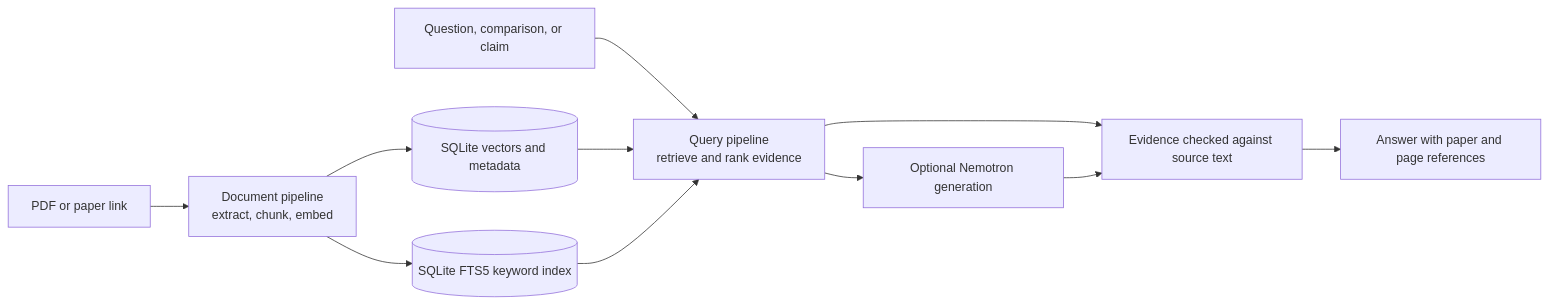
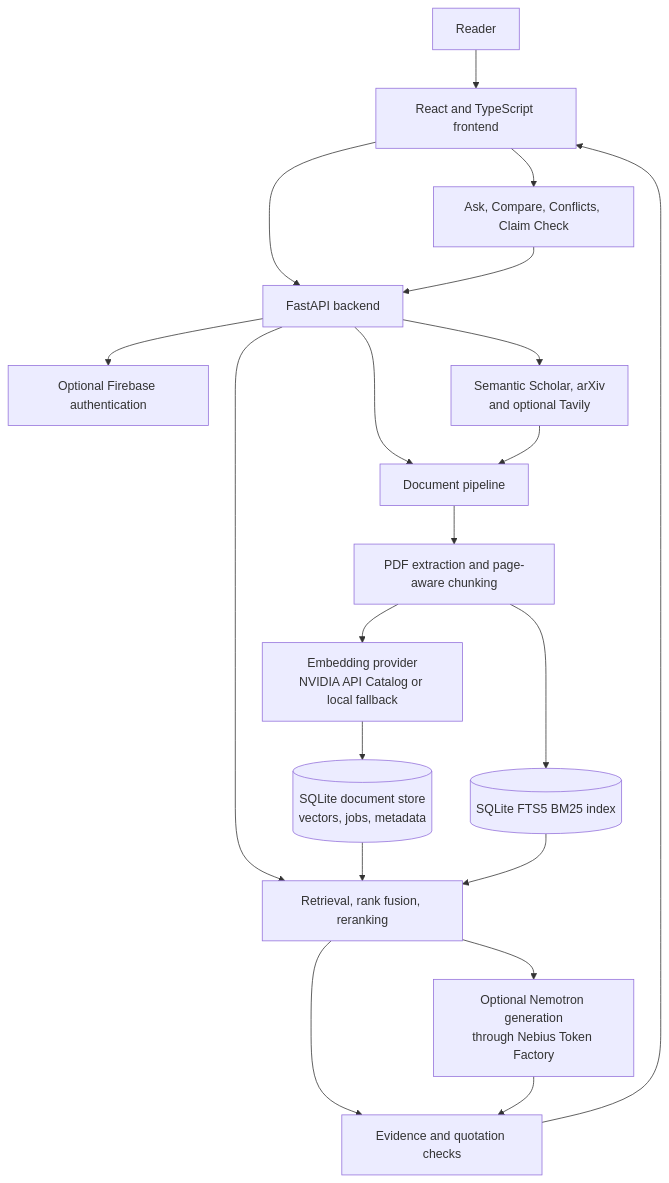
The diagram in README.md (sarveshsorte/Research-Paper-Analyzer), drawn with Mermaid before and after one commit. The commit also changed other lines of this file, not shown here.

````diff
--- a/README.md
+++ b/README.md
@@ -18,13 +58,22 @@
 ```mermaid
-flowchart LR
-    A[PDF or paper link] --> B[Document pipeline<br/>extract, chunk, embed]
-    B --> C[(SQLite vectors and metadata)]
-    B --> D[(SQLite FTS5 keyword index)]
-    E[Question, comparison, or claim] --> F[Query pipeline<br/>retrieve and rank evidence]
-    C --> F
-    D --> F
-    F --> G[Optional Nemotron generation]
-    F --> H[Evidence checked against source text]
-    G --> H
-    H --> I[Answer with paper and page references]
+flowchart TD
+    U[Reader] --> UI[React and TypeScript frontend]
+    UI --> API[FastAPI backend]
+    API --> AUTH[Optional Firebase authentication]
+    API --> INGEST[Document pipeline]
+    INGEST --> PDF[PDF extraction and page-aware chunking]
+    PDF --> EMBED[Embedding provider<br/>NVIDIA API Catalog or local fallback]
+    EMBED --> DB[(SQLite document store<br/>vectors, jobs, metadata)]
+    PDF --> BM25[(SQLite FTS5 BM25 index)]
+    UI --> ASK[Ask, Compare, Conflicts, Claim Check]
+    ASK --> API
+    API --> RET[Retrieval, rank fusion, reranking]
+    DB --> RET
+    BM25 --> RET
+    RET --> GEN[Optional Nemotron generation<br/>through Nebius Token Factory]
+    RET --> GUARD[Evidence and quotation checks]
+    GEN --> GUARD
+    GUARD --> UI
+    API --> SEARCH[Semantic Scholar, arXiv<br/>and optional Tavily]
+    SEARCH --> INGEST
 ```
````
